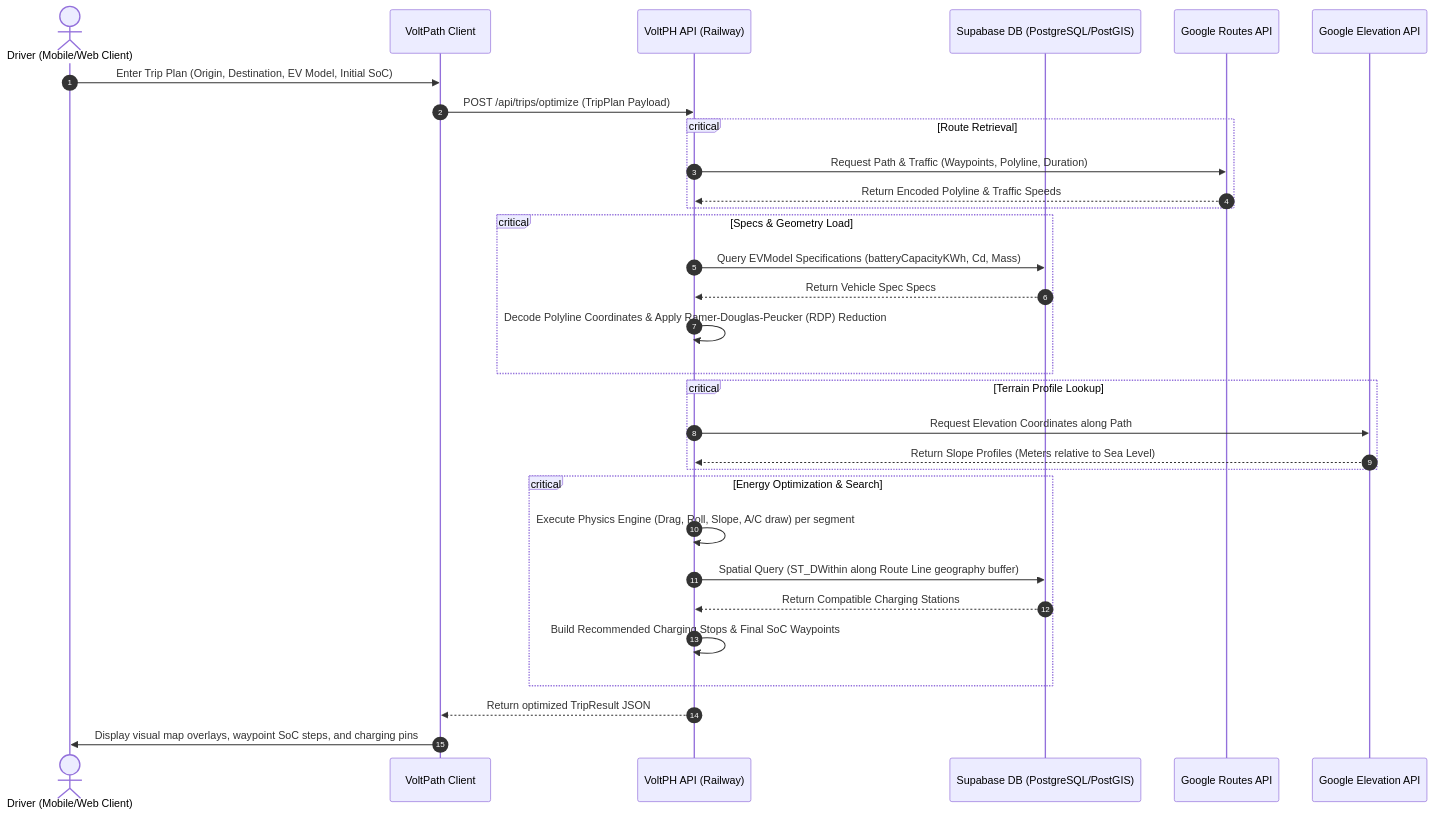
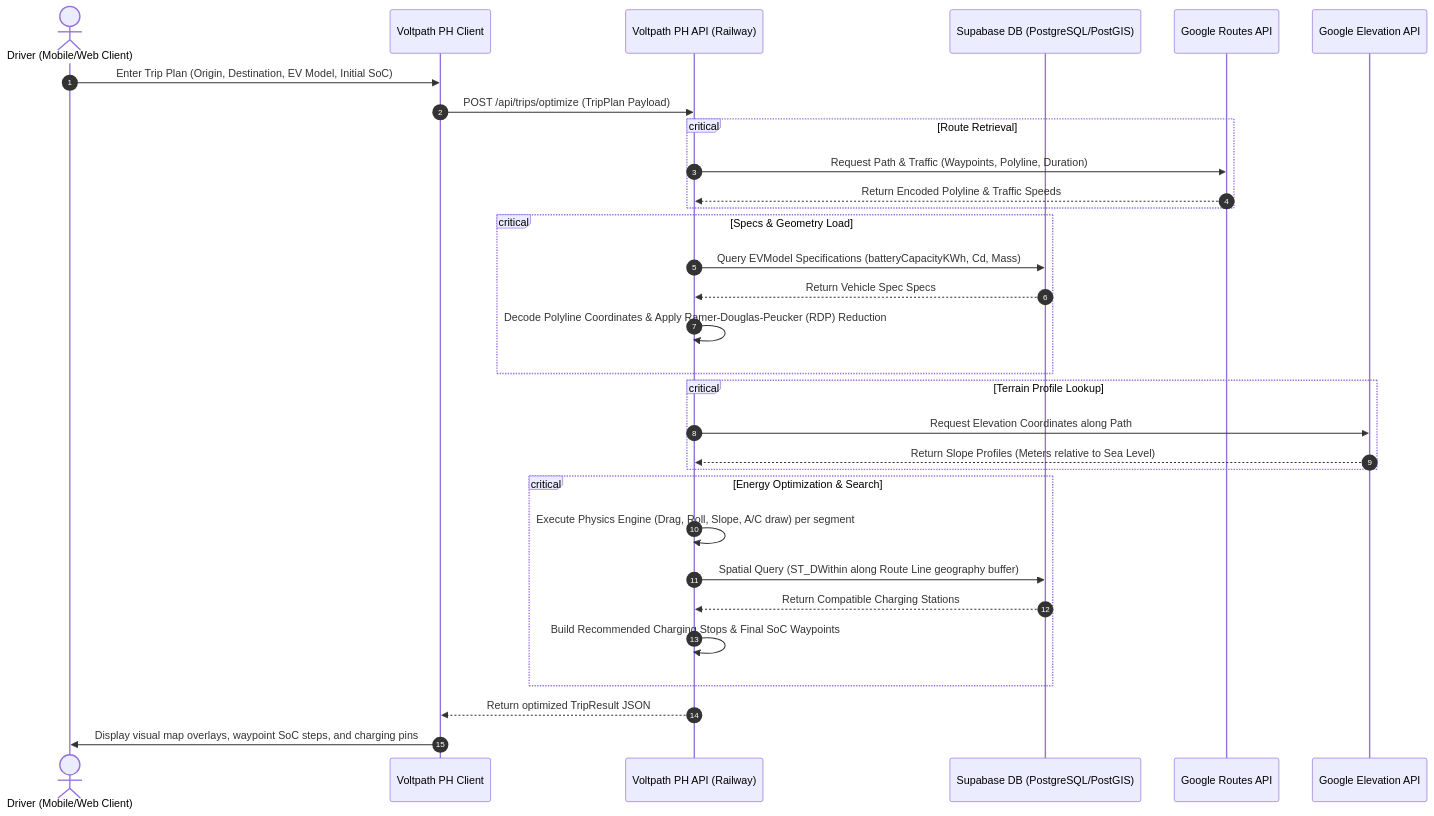
One commit to Team-Kaizen-MMDC/voltpathph changed the diagram in docs/BACKEND.md. Above: the diagram before and after it, drawn with Mermaid. The commit also changed other lines of this file and 28 other files, not shown here.

````diff
--- a/docs/BACKEND.md
+++ b/docs/BACKEND.md
@@ -70,39 +70,39 @@
 ```mermaid
 sequenceDiagram
     autonumber
     actor U as Driver (Mobile/Web Client)
-    participant FE as VoltPath Client
-    participant API as VoltPH API (Railway)
+    participant FE as Voltpath PH Client
+    participant API as Voltpath PH API (Railway)
     participant DB as Supabase DB (PostgreSQL/PostGIS)
     participant G_Routes as Google Routes API
     participant G_Elev as Google Elevation API
 
     U->>FE: Enter Trip Plan (Origin, Destination, EV Model, Initial SoC)
     FE->>API: POST /api/trips/optimize (TripPlan Payload)
     
     critical Route Retrieval
         API->>G_Routes: Request Path & Traffic (Waypoints, Polyline, Duration)
         G_Routes-->>API: Return Encoded Polyline & Traffic Speeds
     end
     
     critical Specs & Geometry Load
         API->>DB: Query EVModel Specifications (batteryCapacityKWh, Cd, Mass)
         DB-->>API: Return Vehicle Spec Specs
         API->>API: Decode Polyline Coordinates & Apply Ramer-Douglas-Peucker (RDP) Reduction
     end
     
     critical Terrain Profile Lookup
         API->>G_Elev: Request Elevation Coordinates along Path
         G_Elev-->>API: Return Slope Profiles (Meters relative to Sea Level)
     end
     
     critical Energy Optimization & Search
         API->>API: Execute Physics Engine (Drag, Roll, Slope, A/C draw) per segment
         API->>DB: Spatial Query (ST_DWithin along Route Line geography buffer)
         DB-->>API: Return Compatible Charging Stations
         API->>API: Build Recommended Charging Stops & Final SoC Waypoints
     end
     
     API-->>FE: Return optimized TripResult JSON
     FE->>U: Display visual map overlays, waypoint SoC steps, and charging pins
 ```
````
